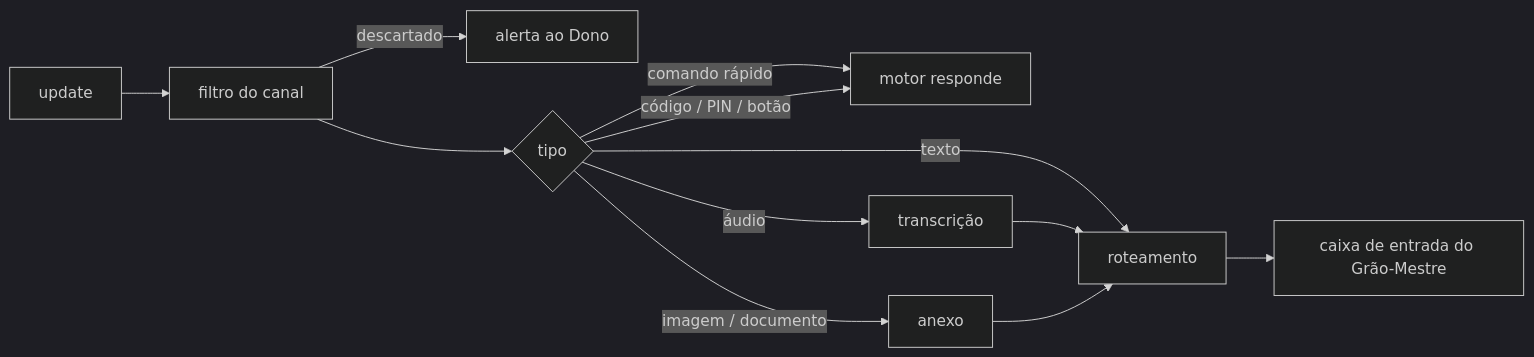
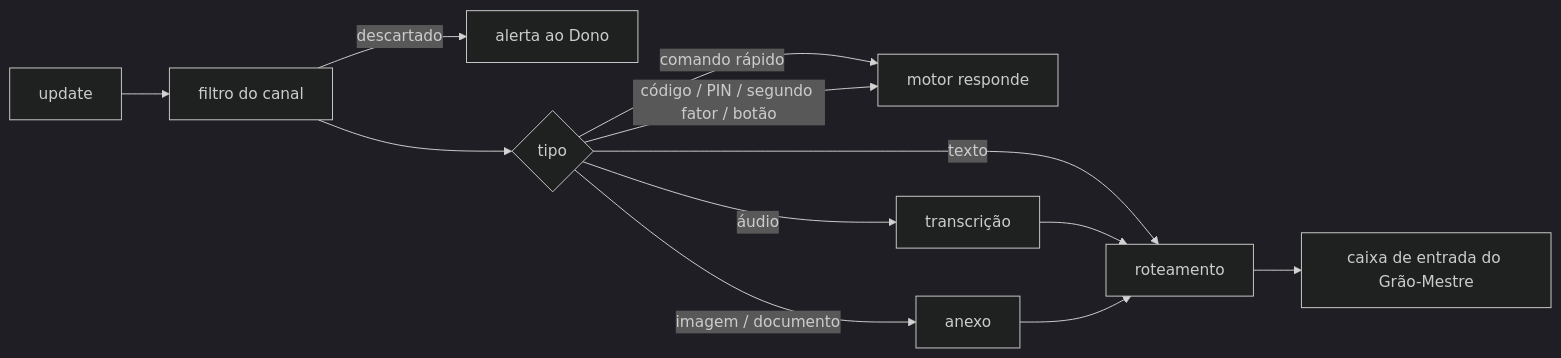
Before and after one commit to lucasndas/mestre: the diagram in docs/telegram/bot.md, drawn with Mermaid (dark theme). The commit also changed other lines of this file and 35 other files, not shown here.

````diff
--- a/docs/telegram/bot.md
+++ b/docs/telegram/bot.md
@@ -27,12 +27,12 @@
 ```mermaid
 flowchart LR
   U[update] --> F[filtro do canal]
   F -->|descartado| A[alerta ao Dono]
   F --> T{tipo}
   T -->|comando rápido| M[motor responde]
-  T -->|código / PIN / botão| M
+  T -->|código / PIN / segundo fator / botão| M
   T -->|texto| R[roteamento]
   T -->|áudio| W[transcrição] --> R
   T -->|imagem / documento| X[anexo] --> R
   R --> C[caixa de entrada do Grão-Mestre]
 ```
````
